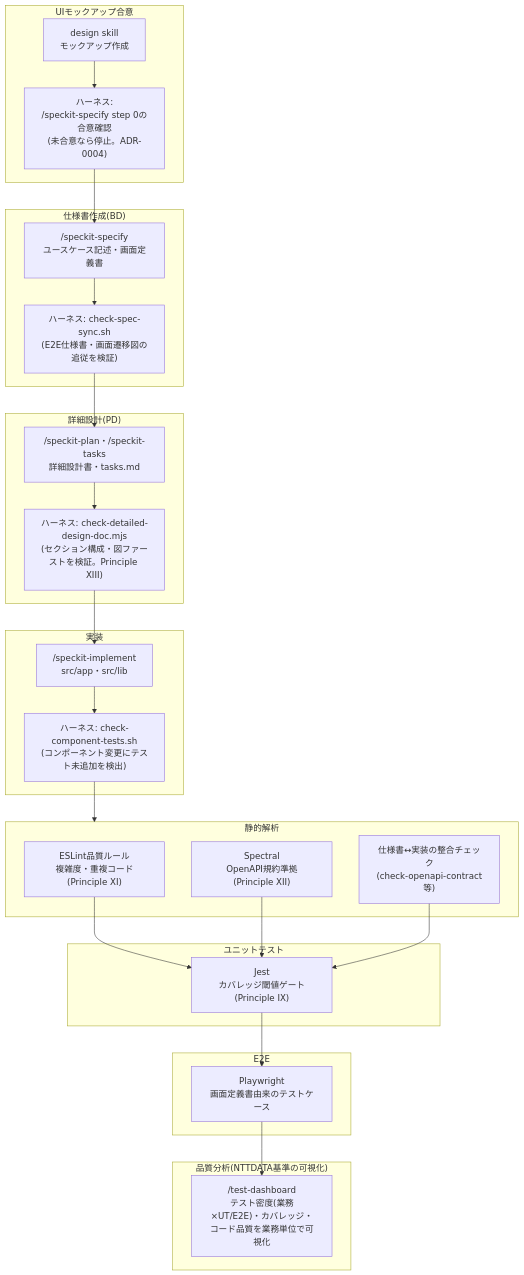
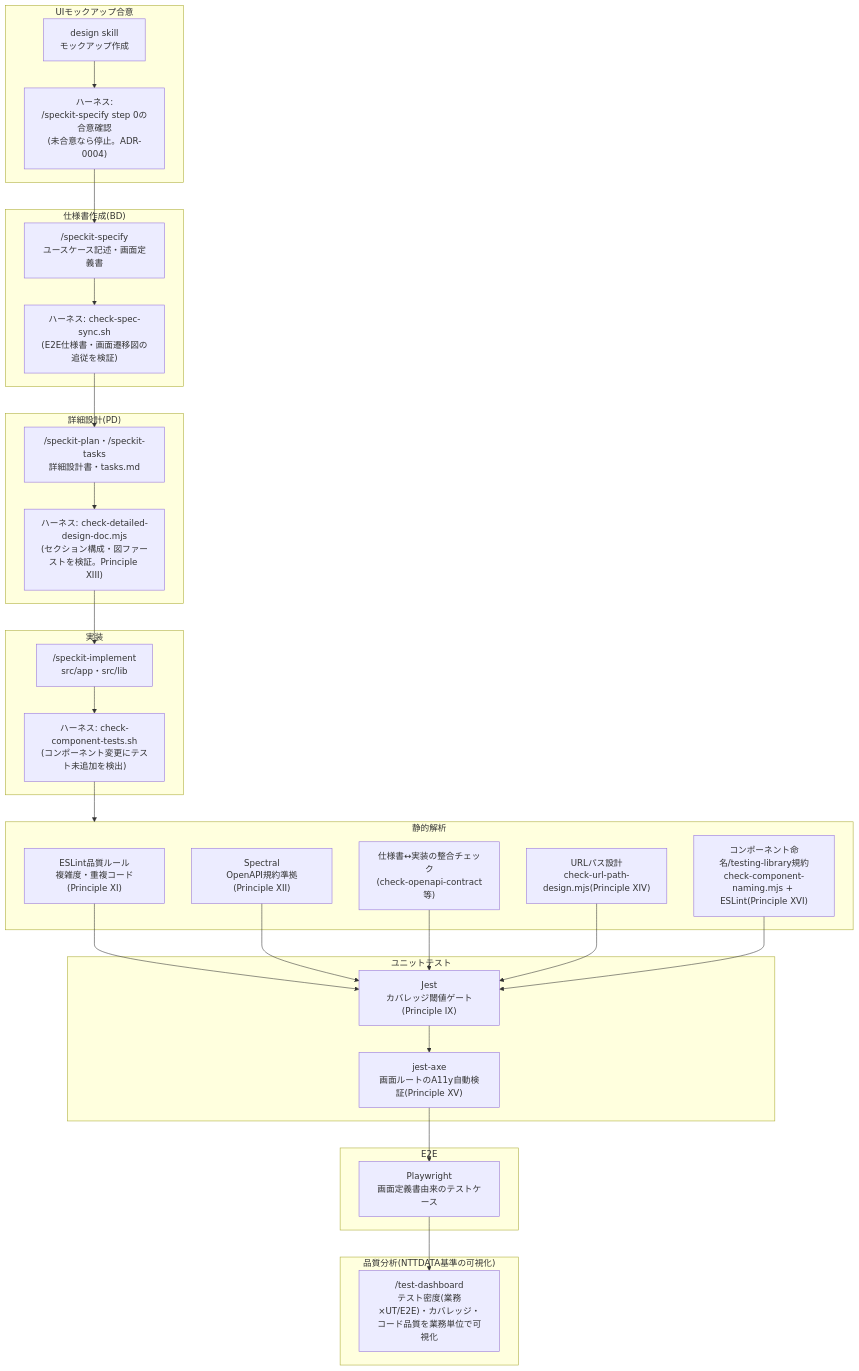
The first of 2 diagrams in doc/common/開発サイクル図.md (shimazakis0523/Nextjs-Sample), drawn with Mermaid before and after one commit. The commit also changed other lines of this file and 22 other files, not shown here.

First line of the commit message:
Future Architect社Webフロントエンド開発ガイドラインの準拠方針を導入(ADR-0024)

````diff
--- a/doc/common/開発サイクル図.md
+++ b/doc/common/開発サイクル図.md
@@ -20,46 +20,51 @@
 ```mermaid
 flowchart TD
     subgraph MOCKUP["UIモックアップ合意"]
         design["design skill<br/>モックアップ作成"]
         mockupGate["ハーネス:<br/>/speckit-specify step 0の合意確認<br/>(未合意なら停止。ADR-0004)"]
         design --> mockupGate
     end
     subgraph BD["仕様書作成(BD)"]
         specify["/speckit-specify<br/>ユースケース記述・画面定義書"]
         bdGate["ハーネス: check-spec-sync.sh<br/>(E2E仕様書・画面遷移図の追従を検証)"]
         specify --> bdGate
     end
     subgraph PD["詳細設計(PD)"]
         plan["/speckit-plan・/speckit-tasks<br/>詳細設計書・tasks.md"]
         pdGate["ハーネス: check-detailed-design-doc.mjs<br/>(セクション構成・図ファーストを検証。Principle XIII)"]
         plan --> pdGate
     end
     subgraph IMPL["実装"]
         implement["/speckit-implement<br/>src/app・src/lib"]
         implGate["ハーネス: check-component-tests.sh<br/>(コンポーネント変更にテスト未追加を検出)"]
         implement --> implGate
     end
     subgraph STATIC["静的解析"]
         eslint["ESLint品質ルール<br/>複雑度・重複コード(Principle XI)"]
         spectral["Spectral<br/>OpenAPI規約準拠(Principle XII)"]
         specsync["仕様書↔実装の整合チェック<br/>(check-openapi-contract等)"]
+        urlpath["URLパス設計<br/>check-url-path-design.mjs(Principle XIV)"]
+        naming["コンポーネント命名/testing-library規約<br/>check-component-naming.mjs + ESLint(Principle XVI)"]
     end
     subgraph UT["ユニットテスト"]
         jest["Jest<br/>カバレッジ閾値ゲート(Principle IX)"]
+        axe["jest-axe<br/>画面ルートのA11y自動検証(Principle XV)"]
     end
     subgraph E2E["E2E"]
         playwright["Playwright<br/>画面定義書由来のテストケース"]
     end
     subgraph QA["品質分析(NTTDATA基準の可視化)"]
         dashboard["/test-dashboard<br/>テスト密度(業務×UT/E2E)・カバレッジ・<br/>コード品質を業務単位で可視化"]
     end
 
     mockupGate --> specify
     bdGate --> plan
     pdGate --> implement
     implGate --> STATIC
     eslint --> jest
     spectral --> jest
     specsync --> jest
-    jest --> playwright --> dashboard
+    urlpath --> jest
+    naming --> jest
+    jest --> axe --> playwright --> dashboard
 ```
````
